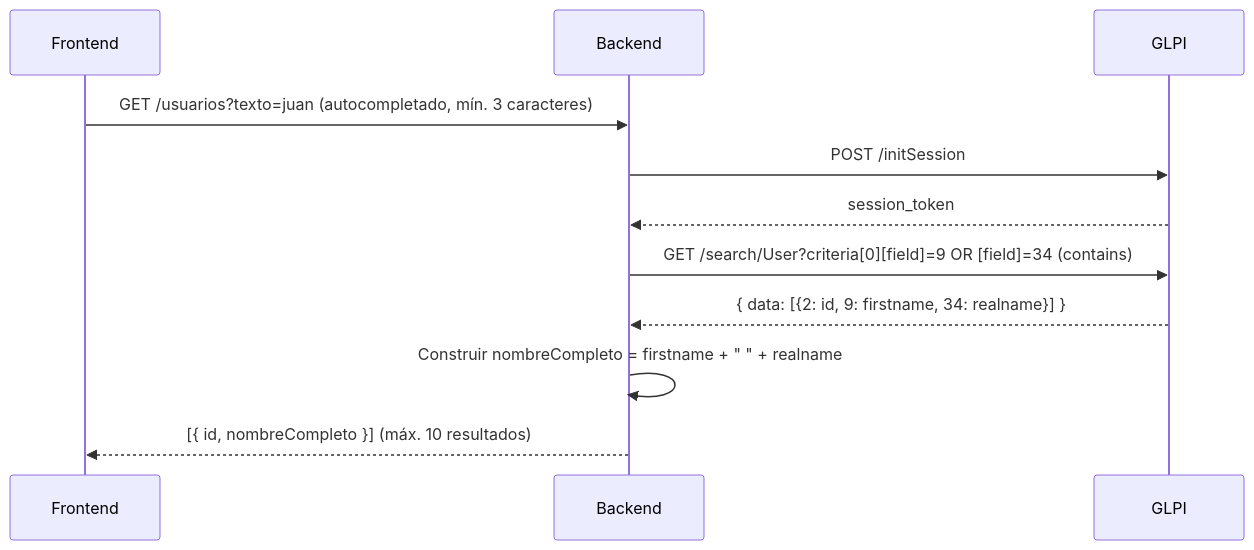
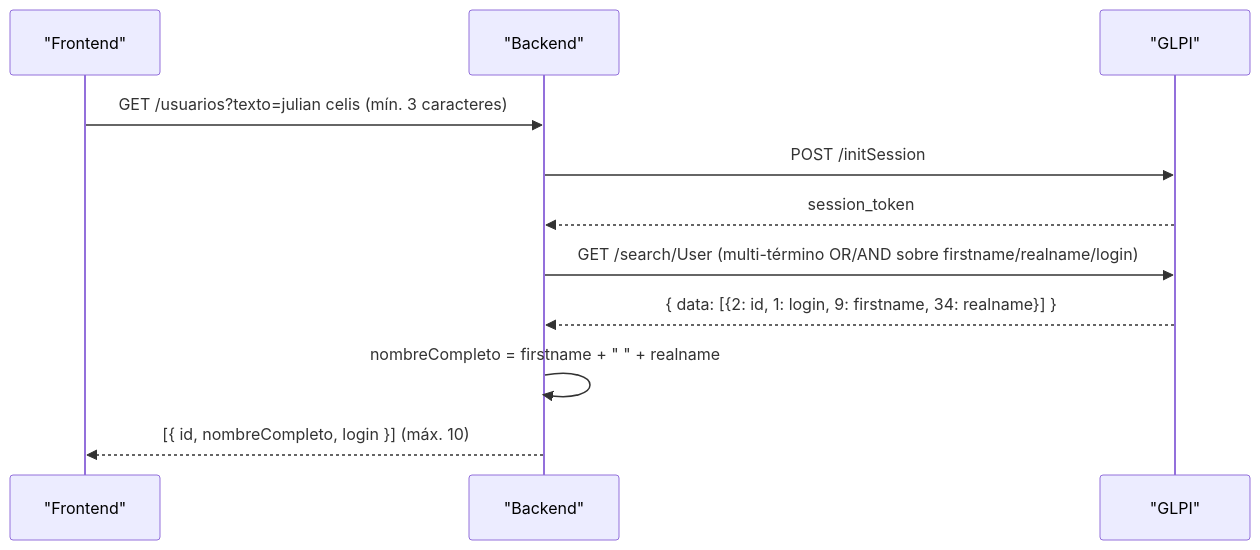
Before and after one commit to juanjosehc/actas-glpi: the fifth of 6 diagrams in ARQUITECTURA.md, drawn with Mermaid. The commit also changed other lines of this file and 11 other files, not shown here.

````diff
--- a/ARQUITECTURA.md
+++ b/ARQUITECTURA.md
@@ -243,14 +279,14 @@
 ```mermaid
 sequenceDiagram
-    participant U as Frontend
-    participant B as Backend
-    participant G as GLPI
+    participant U as "Frontend"
+    participant B as "Backend"
+    participant G as "GLPI"
 
-    U->>B: GET /usuarios?texto=juan (autocompletado, mín. 3 caracteres)
+    U->>B: GET /usuarios?texto=julian celis (mín. 3 caracteres)
     B->>G: POST /initSession
     G-->>B: session_token
-    B->>G: GET /search/User?criteria[0][field]=9 OR [field]=34 (contains)
-    G-->>B: { data: [{2: id, 9: firstname, 34: realname}] }
-    B->>B: Construir nombreCompleto = firstname + " " + realname
-    B-->>U: [{ id, nombreCompleto }] (máx. 10 resultados)
+    B->>G: GET /search/User (multi-término OR/AND sobre firstname/realname/login)
+    G-->>B: { data: [{2: id, 1: login, 9: firstname, 34: realname}] }
+    B->>B: nombreCompleto = firstname + " " + realname
+    B-->>U: [{ id, nombreCompleto, login }] (máx. 10)
 ```
````
